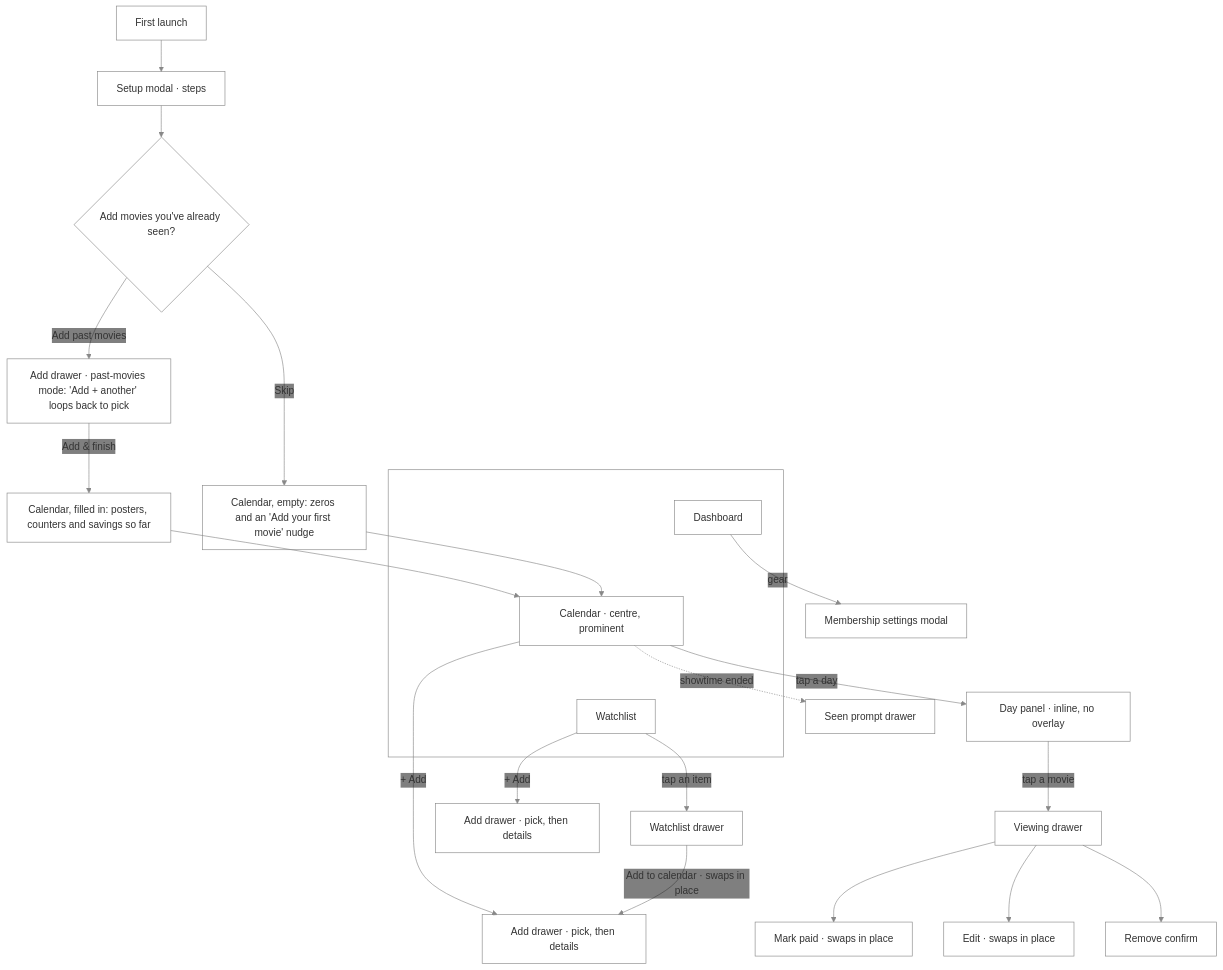
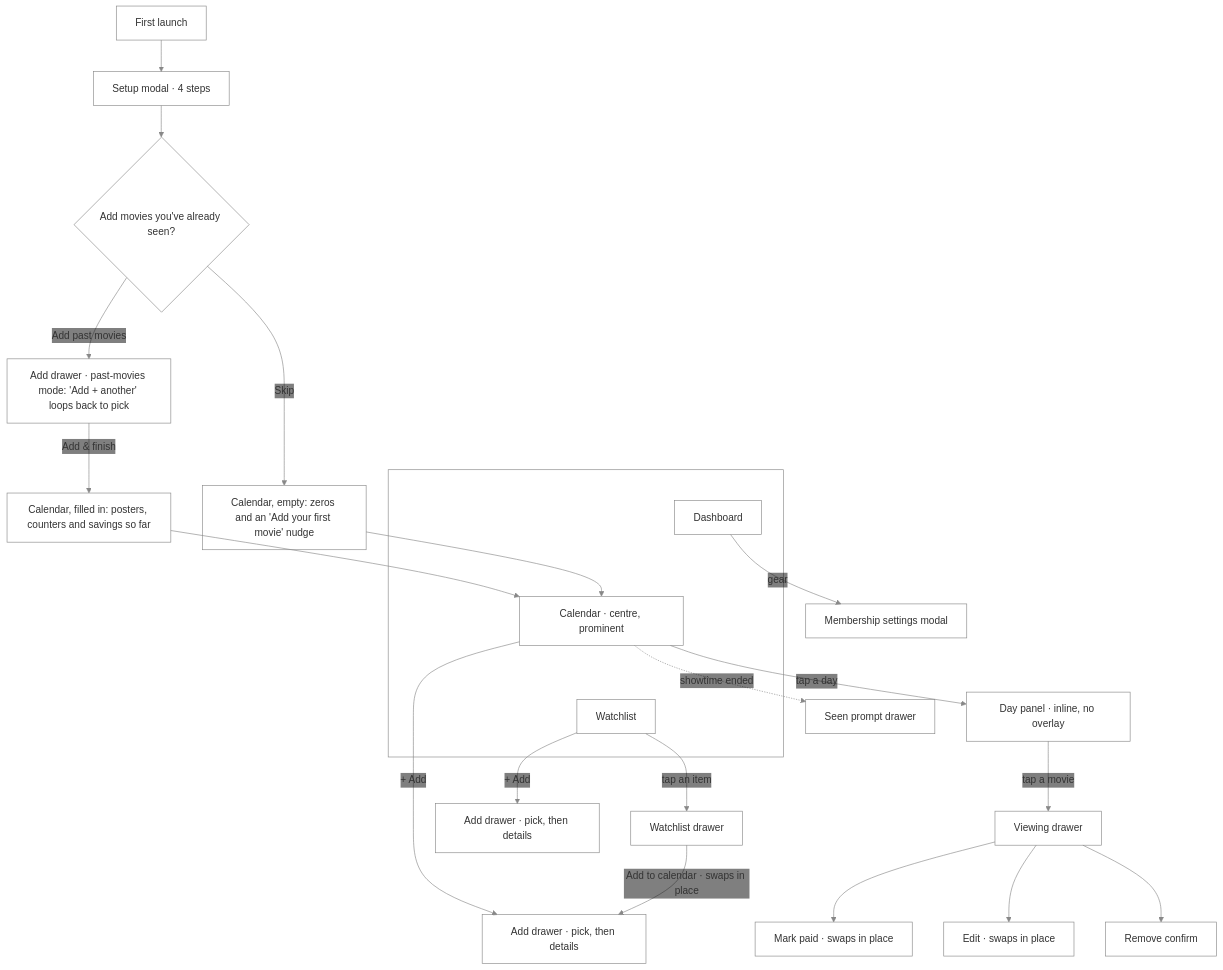
Before and after one commit to NovaMoonX/moondreams-dev-apps: the second of 25 diagrams in src/apps/a-list/UX.md, drawn with Mermaid. The commit also changed 7 other files, not shown here.

````diff
--- a/src/apps/a-list/UX.md
+++ b/src/apps/a-list/UX.md
@@ -48,29 +48,29 @@
 ```mermaid
 %%{init: {'theme': 'base', 'themeVariables': {'primaryColor': 'transparent', 'clusterBkg': 'transparent', 'primaryBorderColor': '#888888', 'clusterBorder': '#888888', 'lineColor': '#888888', 'primaryTextColor': '#333333'}}}%%
 flowchart TD
-    A[First launch] --> B["Setup modal · steps"]
+    A[First launch] --> B["Setup modal · 4 steps"]
     B --> C{"Add movies you've already seen?"}
     C -->|Add past movies| P["Add drawer · past-movies mode: 'Add + another' loops back to pick"]
     P -->|Add & finish| D1["Calendar, filled in: posters, counters and savings so far"]
     C -->|Skip| D2["Calendar, empty: zeros and an 'Add your first movie' nudge"]
     D1 --> D
     D2 --> D
     subgraph Bar["Bottom bar"]
         F[Dashboard]
         D["Calendar · centre, prominent"]
         E[Watchlist]
     end
     F ~~~ D ~~~ E
     D -->|tap a day| DP["Day panel · inline, no overlay"]
     DP -->|tap a movie| H[Viewing drawer]
     H --> I["Mark paid · swaps in place"]
     H --> J["Edit · swaps in place"]
     H --> K[Remove confirm]
     D -->|+ Add| G["Add drawer · pick, then details"]
     D -.->|showtime ended| L[Seen prompt drawer]
     E -->|+ Add| M["Add drawer · pick, then details"]
     E -->|tap an item| N[Watchlist drawer]
     N -->|Add to calendar · swaps in place| G
     F -->|gear| O[Membership settings modal]
     style Bar fill:transparent,stroke:#888888,stroke-width:1px;
 ```
````
